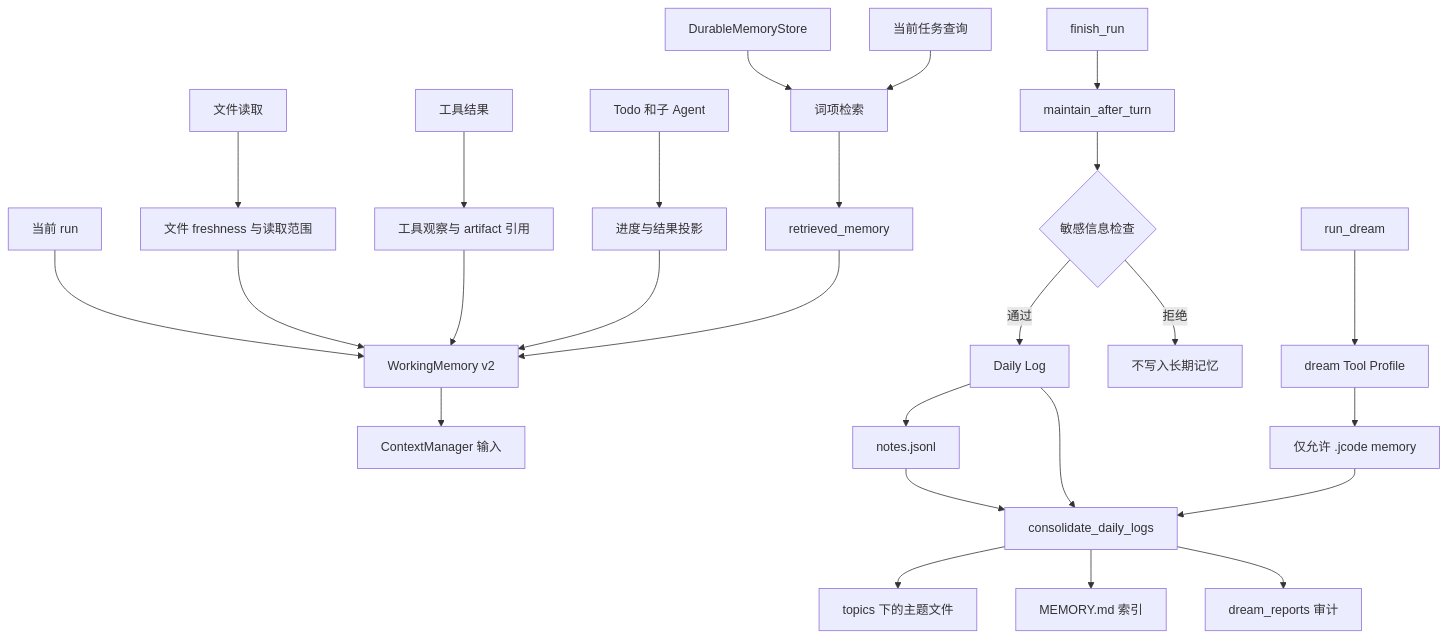
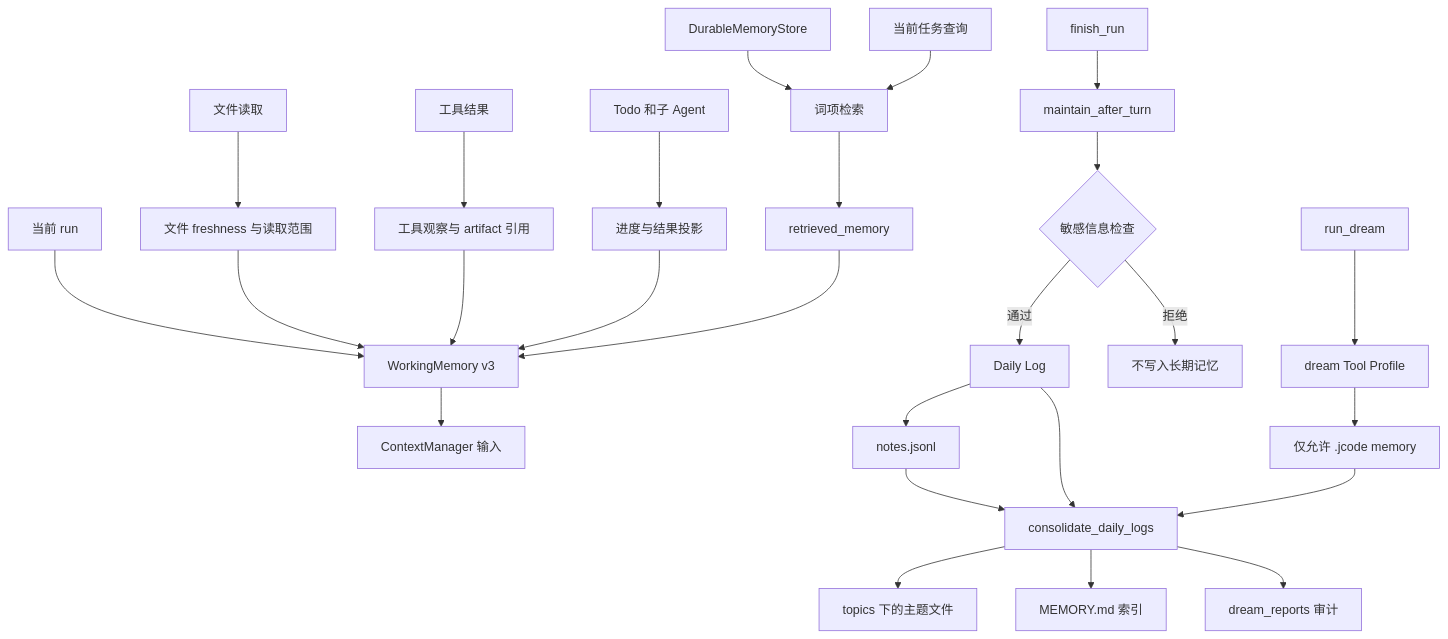
Before and after one commit to jjt998/jcode: the fifth of 8 diagrams in docs/JCode项目完整链路.md, drawn with Mermaid. The commit also changed 21 other files, not shown here.

Commit message:
feat: S：每次 run 的用户请求同时进入 History 和 Working Memory，导致补充约束被重复加权。 T：完整删除 task_goal 及其协议痕迹，不新增目标或约束识别机制。 A：删除运行时、持久化、摘要和 Dream 链路中的重复字段，升级四项协议版本，并补充拒绝旧协议及单份请求输入测试。 R：当前请求仅通过 user HistoryEvent 进入模型，消除了重复强调和容量占用；全量 107 项测试通过。

````diff
--- a/docs/JCode项目完整链路.md
+++ b/docs/JCode项目完整链路.md
@@ -192,31 +192,31 @@
 ```mermaid
 flowchart TD
-    Run[当前 run] --> WM[WorkingMemory v2]
+    Run[当前 run] --> WM[WorkingMemory v3]
     Read[文件读取] --> Freshness[文件 freshness 与读取范围]
     Tool[工具结果] --> Observe[工具观察与 artifact 引用]
     Todo[Todo 和子 Agent] --> Projection[进度与结果投影]
     Freshness --> WM
     Observe --> WM
     Projection --> WM
 
     Durable[DurableMemoryStore] --> Retrieve[词项检索]
     Query[当前任务查询] --> Retrieve
     Retrieve --> Retrieved[retrieved_memory]
     Retrieved --> WM
     WM --> Context[ContextManager 输入]
 
     Finish[finish_run] --> Maintain[maintain_after_turn]
     Maintain --> Sensitive{敏感信息检查}
     Sensitive -->|通过| Daily[Daily Log]
     Sensitive -->|拒绝| Skip[不写入长期记忆]
     Daily --> Notes[notes.jsonl]
     Notes --> Consolidate[consolidate_daily_logs]
     Daily --> Consolidate
     Consolidate --> Topics[topics 下的主题文件]
     Consolidate --> Index[MEMORY.md 索引]
 
     Dream[run_dream] --> DreamProfile[dream Tool Profile]
     DreamProfile --> MemoryScope[仅允许 .jcode memory]
     MemoryScope --> Consolidate
     Consolidate --> DreamReport[dream_reports 审计]
 ```
````
